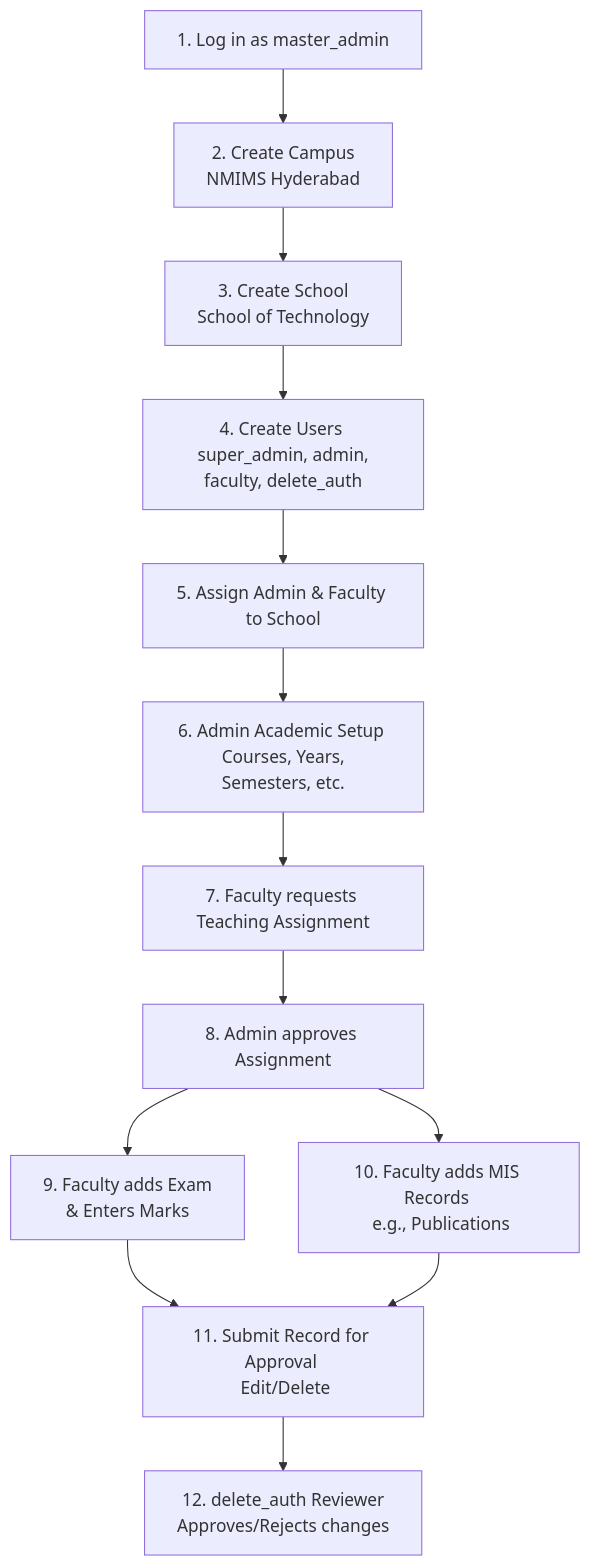
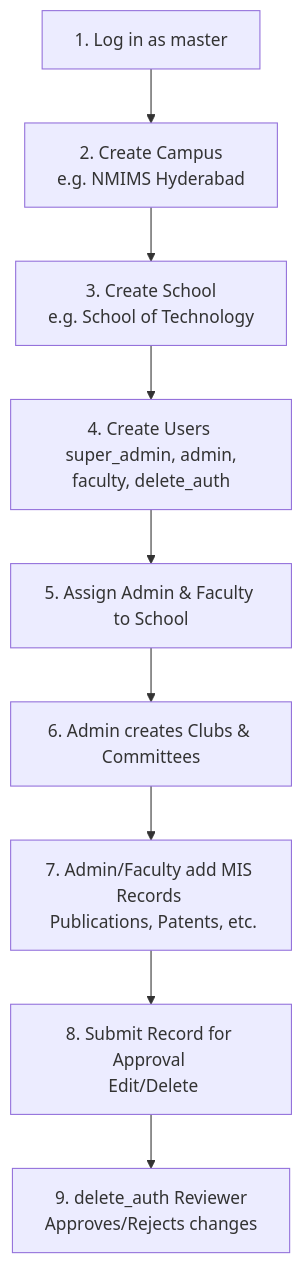
Before and after one commit to aarushchaudhary/nmpralekh: the fourth of 5 diagrams in README.md, drawn with Mermaid. The commit also changed other lines of this file, not shown here.

````diff
--- a/README.md
+++ b/README.md
@@ -527,19 +499,13 @@
 ```mermaid
 flowchart TD
-    step1[1. Log in as master_admin] --> step2[2. Create Campus <br> NMIMS Hyderabad]
-    step2 --> step3[3. Create School <br> School of Technology]
+    step1[1. Log in as master] --> step2[2. Create Campus <br> e.g. NMIMS Hyderabad]
+    step2 --> step3[3. Create School <br> e.g. School of Technology]
     step3 --> step4[4. Create Users <br> super_admin, admin, faculty, delete_auth]
     step4 --> step5[5. Assign Admin & Faculty to School]
     
-    step5 --> step6[6. Admin Academic Setup <br> Courses, Years, Semesters, etc.]
-    step6 --> step7[7. Faculty requests Teaching Assignment]
-    step7 --> step8[8. Admin approves Assignment]
+    step5 --> step6[6. Admin creates Clubs & Committees]
+    step6 --> step7[7. Admin/Faculty add MIS Records <br> Publications, Patents, etc.]
     
-    step8 --> step9[9. Faculty adds Exam <br> & Enters Marks]
-    step8 --> step10[10. Faculty adds MIS Records <br> e.g., Publications]
-    
-    step9 --> step11[11. Submit Record for Approval <br> Edit/Delete]
-    step10 --> step11
-    
-    step11 --> step12[12. delete_auth Reviewer <br> Approves/Rejects changes]
+    step7 --> step8[8. Submit Record for Approval <br> Edit/Delete]
+    step8 --> step9[9. delete_auth Reviewer <br> Approves/Rejects changes]
 ```
````
